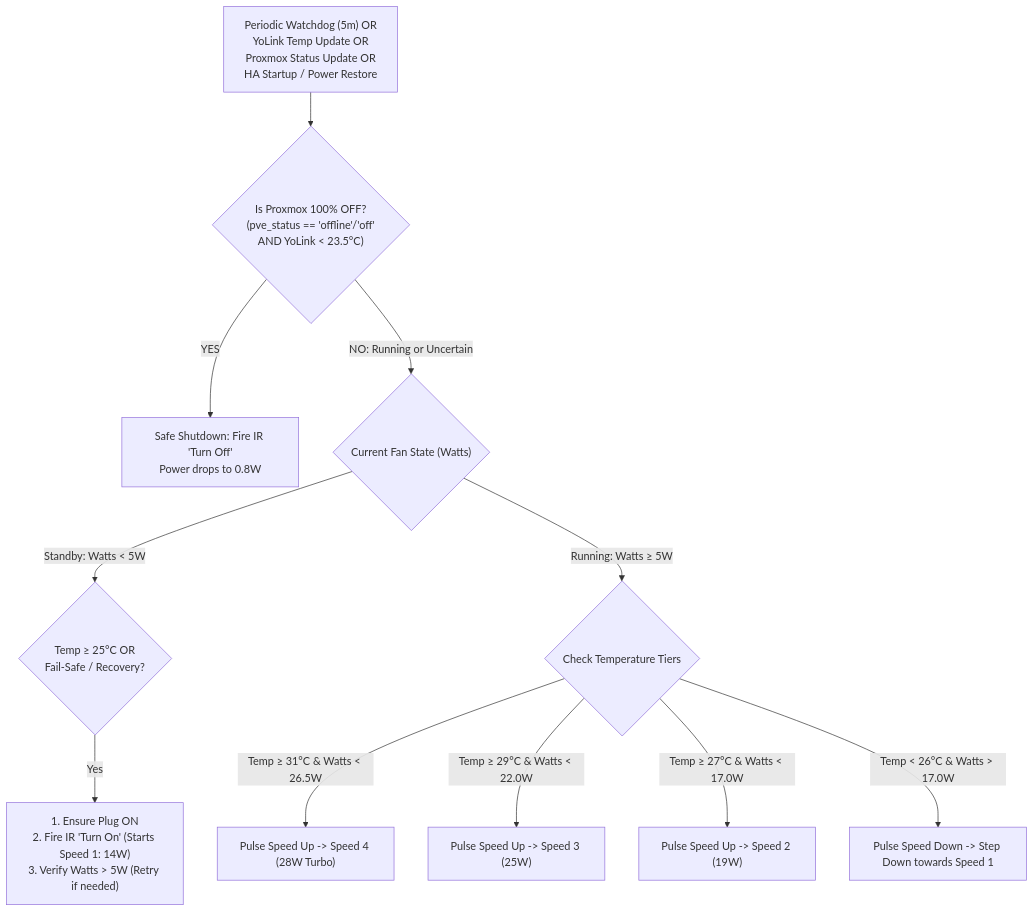
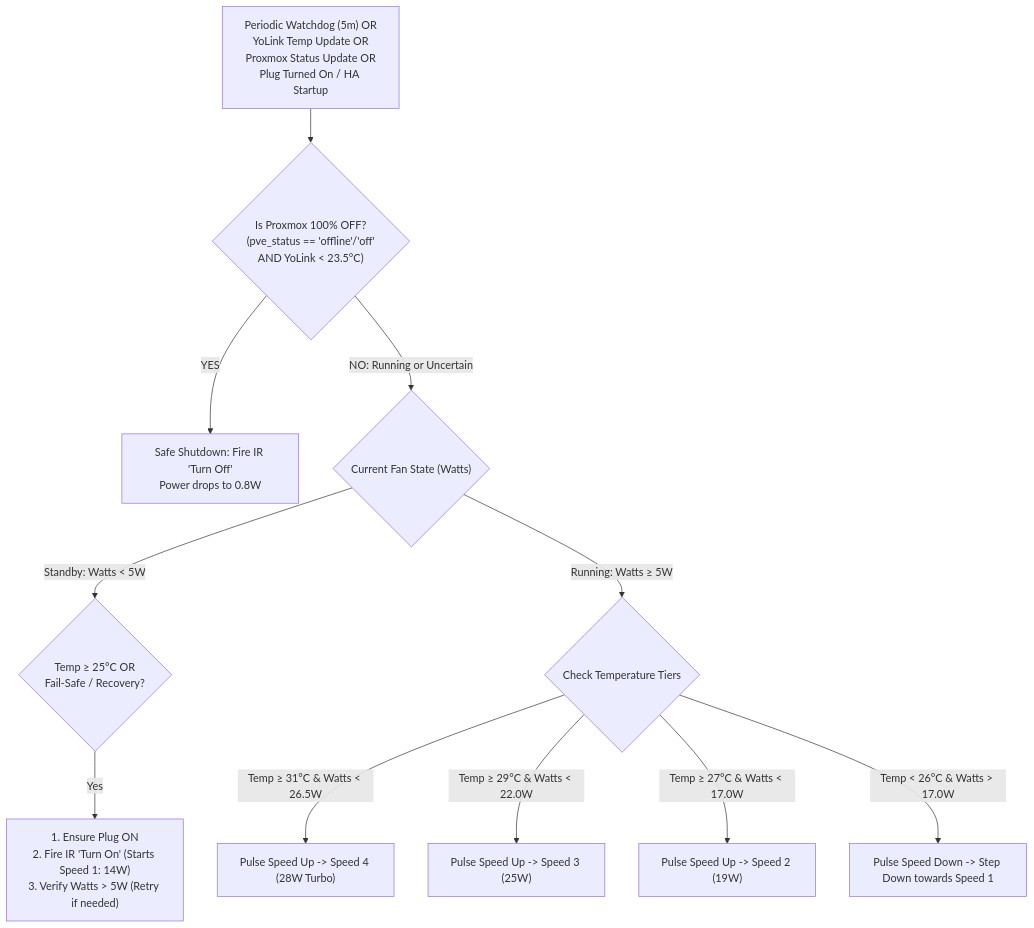
Before and after one commit to lganet/ha: the diagram in doc/2026-10-31-power-restored-fan-recovery-plan.md, drawn with Mermaid. The commit also changed 2 other files, not shown here.

Commit message:
feat: add blackout recovery trigger on plug power-on

````diff
--- a/doc/2026-10-31-power-restored-fan-recovery-plan.md
+++ b/doc/2026-10-31-power-restored-fan-recovery-plan.md
@@ -25,18 +25,18 @@
 ```mermaid
 flowchart TD
-    Trigger["Periodic Watchdog (5m) OR<br/>YoLink Temp Update OR<br/>Proxmox Status Update OR<br/>HA Startup / Power Restore"] --> CheckOff{"Is Proxmox 100% OFF?<br/>(pve_status == 'offline'/'off'<br/>AND YoLink < 23.5°C)"}
+    Trigger["Periodic Watchdog (5m) OR<br/>YoLink Temp Update OR<br/>Proxmox Status Update OR<br/>Plug Turned On / HA Startup"] --> CheckOff{"Is Proxmox 100% OFF?<br/>(pve_status == 'offline'/'off'<br/>AND YoLink < 23.5°C)"}
 
     CheckOff -->|YES| SafeOff["Safe Shutdown: Fire IR 'Turn Off'<br/>Power drops to 0.8W"]
 
     CheckOff -->|NO: Running or Uncertain| CheckPower{"Current Fan State (Watts)"}
 
     CheckPower -->|Standby: Watts < 5W| CheckBase{"Temp ≥ 25°C OR<br/>Fail-Safe / Recovery?"}
     CheckBase -->|Yes| TurnOnSpeed1["1. Ensure Plug ON<br/>2. Fire IR 'Turn On' (Starts Speed 1: 14W)<br/>3. Verify Watts > 5W (Retry if needed)"]
 
     CheckPower -->|Running: Watts ≥ 5W| SpeedTiers{"Check Temperature Tiers"}
 
     SpeedTiers -->|Temp ≥ 31°C & Watts < 26.5W| ToSpeed4["Pulse Speed Up -> Speed 4 (28W Turbo)"]
     SpeedTiers -->|Temp ≥ 29°C & Watts < 22.0W| ToSpeed3["Pulse Speed Up -> Speed 3 (25W)"]
     SpeedTiers -->|Temp ≥ 27°C & Watts < 17.0W| ToSpeed2["Pulse Speed Up -> Speed 2 (19W)"]
     SpeedTiers -->|Temp < 26°C & Watts > 17.0W| StepDown["Pulse Speed Down -> Step Down towards Speed 1"]
 ```
````
